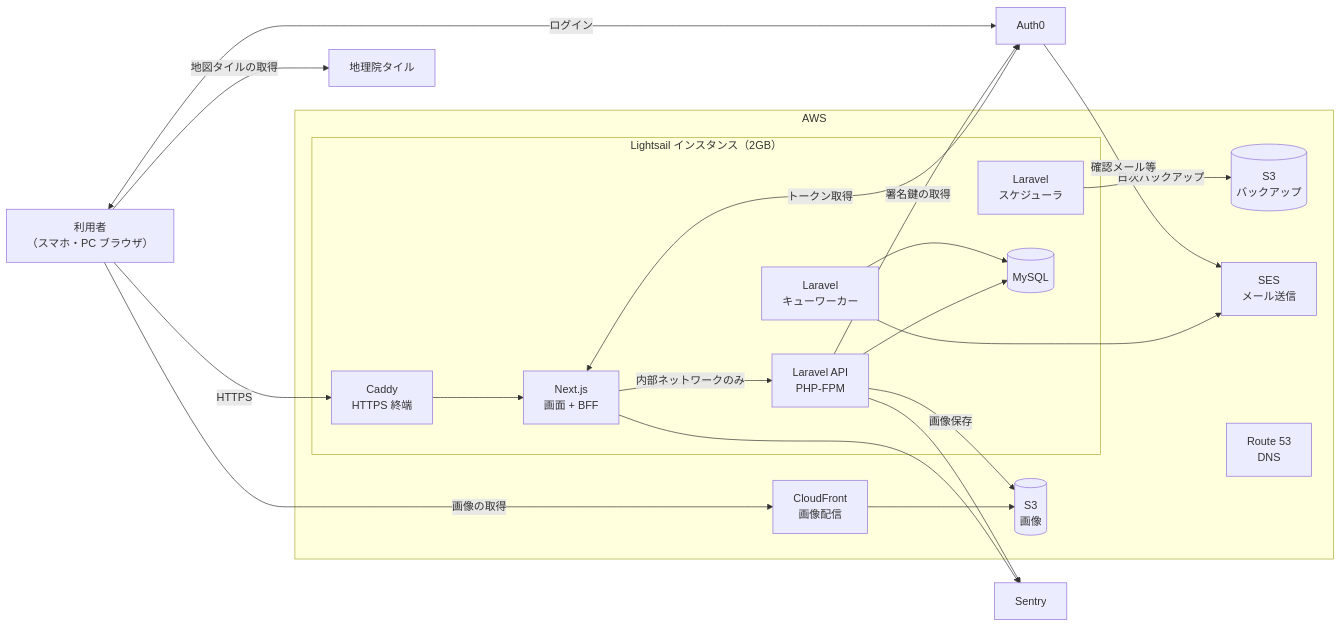
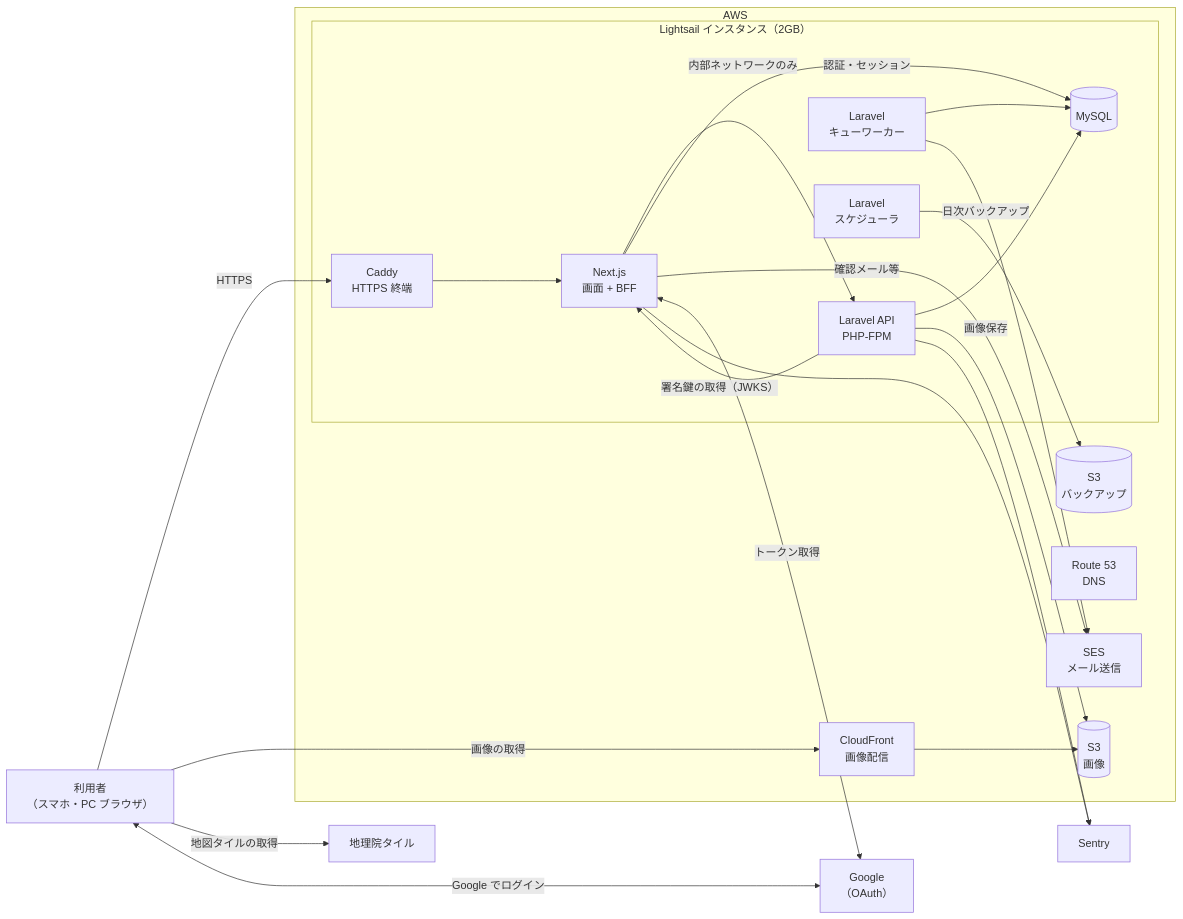
One commit to mtgit12/joushou changed the first of 4 diagrams in docs/architecture.md. Above: the diagram before and after it, drawn with Mermaid. The commit also changed other lines of this file and 5 other files, not shown here.

````diff
--- a/docs/architecture.md
+++ b/docs/architecture.md
@@ -95,42 +96,43 @@
 ```mermaid
 flowchart LR
     User["利用者<br/>（スマホ・PC ブラウザ）"]
 
     subgraph AWS
         subgraph Lightsail["Lightsail インスタンス（2GB）"]
             Caddy["Caddy<br/>HTTPS 終端"]
             Web["Next.js<br/>画面 + BFF"]
             Api["Laravel API<br/>PHP-FPM"]
             Worker["Laravel<br/>キューワーカー"]
             Scheduler["Laravel<br/>スケジューラ"]
             DB[("MySQL")]
         end
         S3Img[("S3<br/>画像")]
         S3Bak[("S3<br/>バックアップ")]
         CF["CloudFront<br/>画像配信"]
         SES["SES<br/>メール送信"]
         R53["Route 53<br/>DNS"]
     end
 
-    Auth0["Auth0"]
+    Google["Google<br/>（OAuth）"]
     GSI["地理院タイル"]
     Sentry["Sentry"]
 
     User -->|HTTPS| Caddy
     Caddy --> Web
     Web -->|内部ネットワークのみ| Api
     Api --> DB
     Worker --> DB
     Worker --> SES
     Scheduler -->|日次バックアップ| S3Bak
     Api -->|画像保存| S3Img
     CF --> S3Img
     User -->|画像の取得| CF
     User -->|地図タイルの取得| GSI
-    User <-->|ログイン| Auth0
-    Web <-->|トークン取得| Auth0
-    Api -->|署名鍵の取得| Auth0
-    Auth0 -->|確認メール等| SES
+    Web -->|認証・セッション| DB
+    Web -->|確認メール等| SES
+    User <-->|Google でログイン| Google
+    Web <-->|トークン取得| Google
+    Api -->|署名鍵の取得（JWKS）| Web
     Web --> Sentry
     Api --> Sentry
 ```
````
